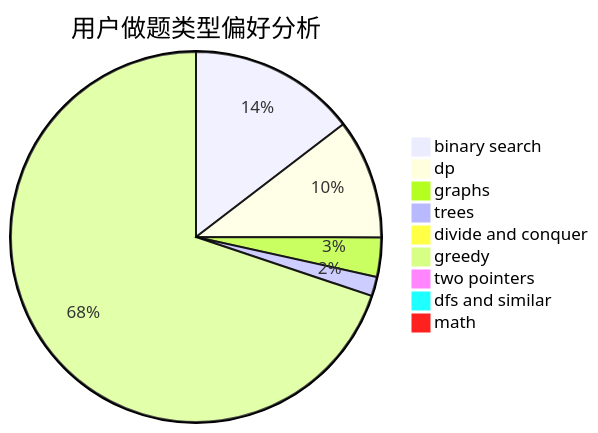
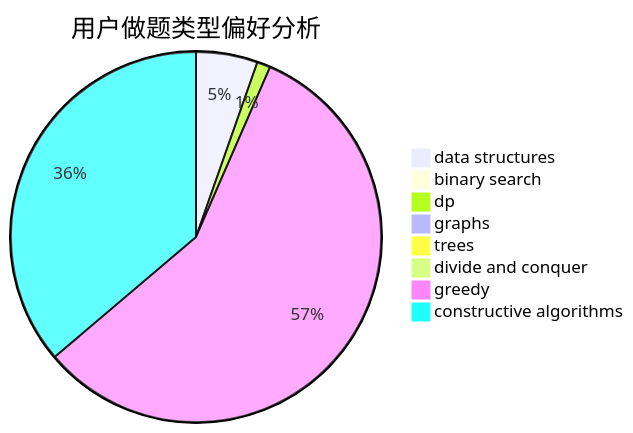
The second of 3 diagrams in docs/user/u860.md (sherpahu/cfrs.github.io), drawn with Mermaid before and after one commit. The commit also changed other lines of this file and 2775 other files, not shown here.

````diff
--- a/docs/user/u860.md
+++ b/docs/user/u860.md
@@ -23,12 +23,11 @@
 ```mermaid
 pie title 用户做题类型偏好分析
-    "binary search" :  200
-    "dp" :  143
-    "graphs" :  47
-    "trees" :  23
-    "divide and conquer" :  11
-    "greedy" :  957
-    "two pointers" :  10
-    "dfs and similar" :  5
-    "math" :  5
+    "data structures" :  60
+    "binary search" :  5
+    "dp" :  13
+    "graphs" :  4
+    "trees" :  0
+    "divide and conquer" :  0
+    "greedy" :  639
+    "constructive algorithms" :  404
 ```
````
